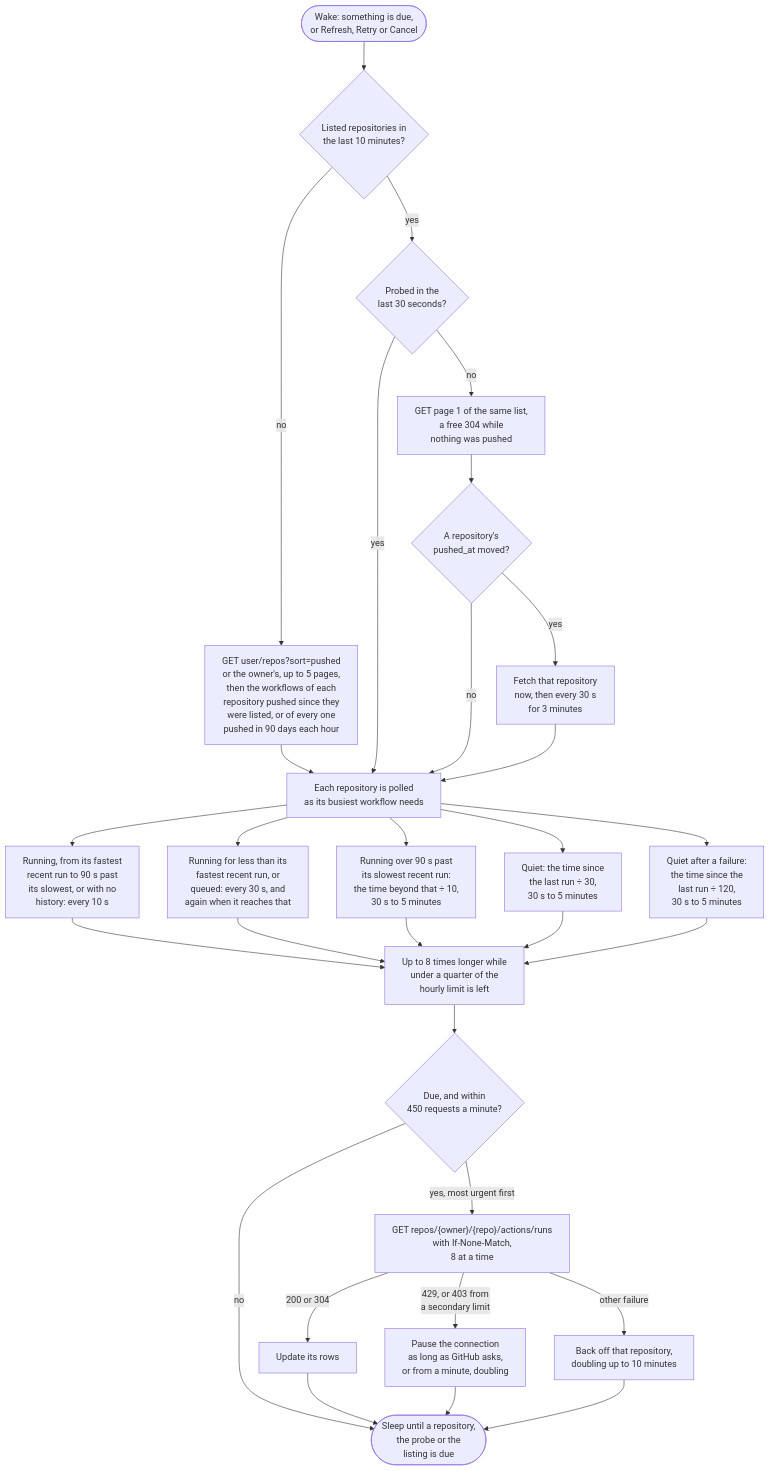
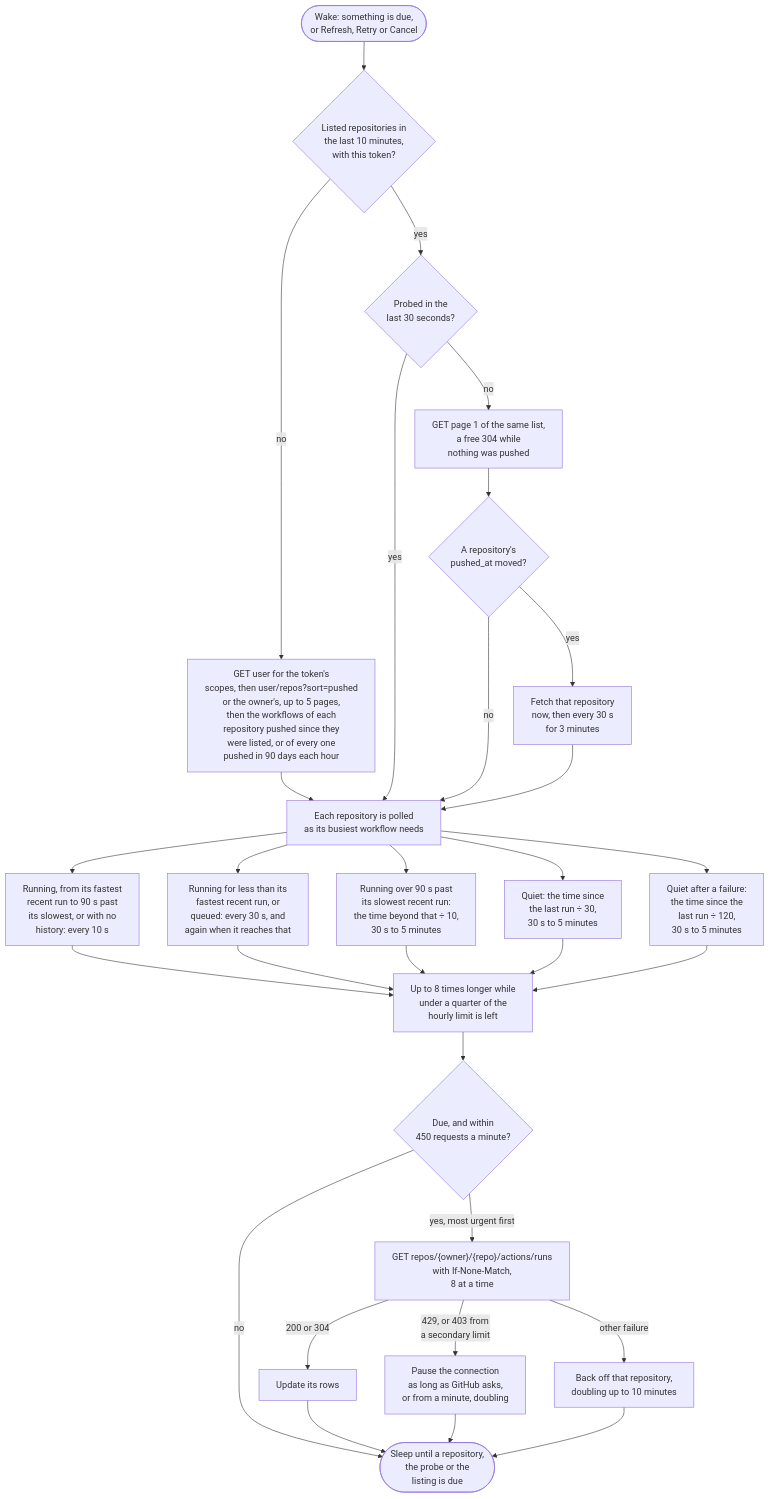
The diagram in docs/mdsource/providers/github.source.md (SimonCropp/BuildMonitor), drawn with Mermaid before and after one commit. The commit also changed other lines of this file and 99 other files, not shown here.

````diff
--- a/docs/mdsource/providers/github.source.md
+++ b/docs/mdsource/providers/github.source.md
@@ -38,37 +40,37 @@
 ```mermaid
 ---
 config:
   flowchart:
     wrappingWidth: 400
 ---
 flowchart TD
-    wake(["Wake: something is due,<br/>or Refresh, Retry or Cancel"]) --> listed{"Listed repositories in<br/>the last 10 minutes?"}
-    listed -- "no" --> discover["GET user/repos?sort=pushed<br/>or the owner's, up to 5 pages,<br/>then the workflows of each<br/>repository pushed since they<br/>were listed, or of every one<br/>pushed in 90 days each hour"]
+    wake(["Wake: something is due,<br/>or Refresh, Retry or Cancel"]) --> listed{"Listed repositories in<br/>the last 10 minutes,<br/>with this token?"}
+    listed -- "no" --> discover["GET user for the token's<br/>scopes, then user/repos?sort=pushed<br/>or the owner's, up to 5 pages,<br/>then the workflows of each<br/>repository pushed since they<br/>were listed, or of every one<br/>pushed in 90 days each hour"]
     listed -- "yes" --> probed{"Probed in the<br/>last 30 seconds?"}
     probed -- "no" --> probe["GET page 1 of the same list,<br/>a free 304 while<br/>nothing was pushed"]
     probe --> moved{"A repository's<br/>pushed_at moved?"}
     moved -- "yes" --> nudge["Fetch that repository<br/>now, then every 30 s<br/>for 3 minutes"]
     discover --> interval["Each repository is polled<br/>as its busiest workflow needs"]
     probed -- "yes" --> interval
     moved -- "no" --> interval
     nudge --> interval
     interval --> finishing["Running, from its fastest<br/>recent run to 90 s past<br/>its slowest, or with no<br/>history: every 10 s"]
     interval --> running["Running for less than its<br/>fastest recent run, or<br/>queued: every 30 s, and<br/>again when it reaches that"]
     interval --> overrun["Running over 90 s past<br/>its slowest recent run:<br/>the time beyond that ÷ 10,<br/>30 s to 5 minutes"]
     interval --> quiet["Quiet: the time since<br/>the last run ÷ 30,<br/>30 s to 5 minutes"]
     interval --> failed["Quiet after a failure:<br/>the time since the<br/>last run ÷ 120,<br/>30 s to 5 minutes"]
     finishing --> stretch["Up to 8 times longer while<br/>under a quarter of the<br/>hourly limit is left"]
     running --> stretch
     overrun --> stretch
     quiet --> stretch
     failed --> stretch
     stretch --> due{"Due, and within<br/>450 requests a minute?"}
     due -- "no" --> sleep(["Sleep until a repository,<br/>the probe or the<br/>listing is due"])
     due -- "yes, most urgent first" --> fetch["GET repos/{owner}/{repo}/actions/runs<br/>with If-None-Match,<br/>8 at a time"]
     fetch -- "200 or 304" --> rows["Update its rows"]
     fetch -- "429, or 403 from<br/>a secondary limit" --> pause["Pause the connection<br/>as long as GitHub asks,<br/>or from a minute, doubling"]
     fetch -- "other failure" --> backoff["Back off that repository,<br/>doubling up to 10 minutes"]
     rows --> sleep
     pause --> sleep
     backoff --> sleep
 ```
````
